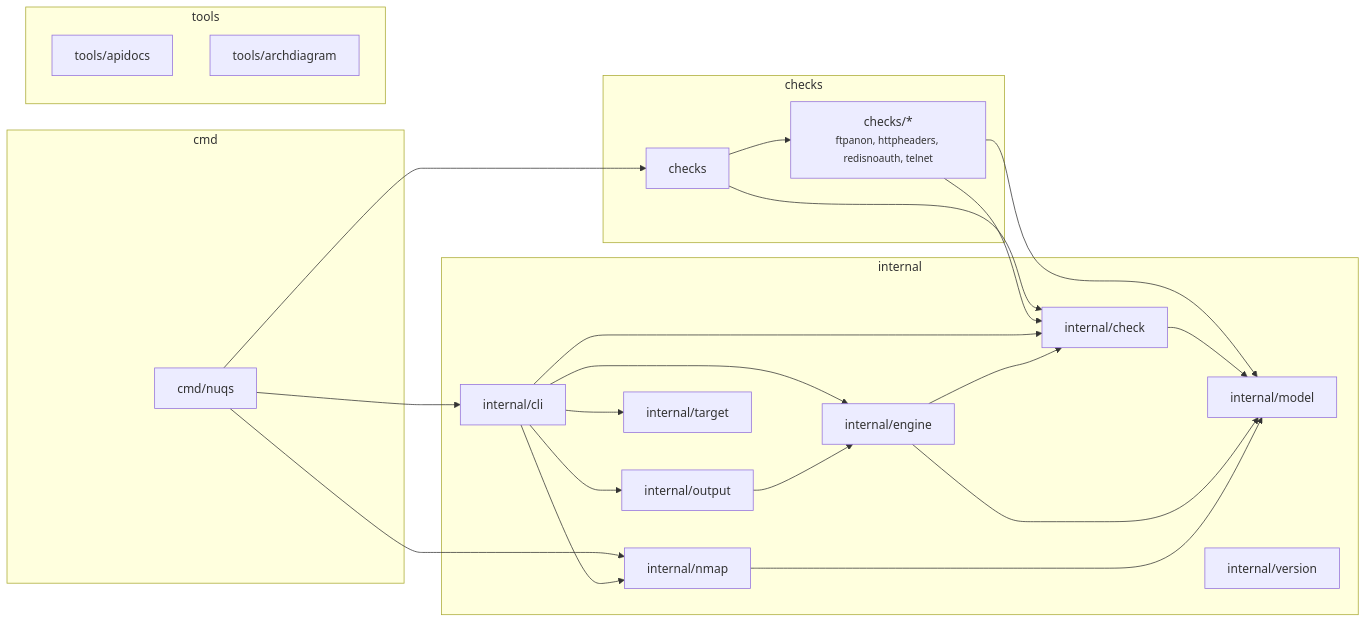
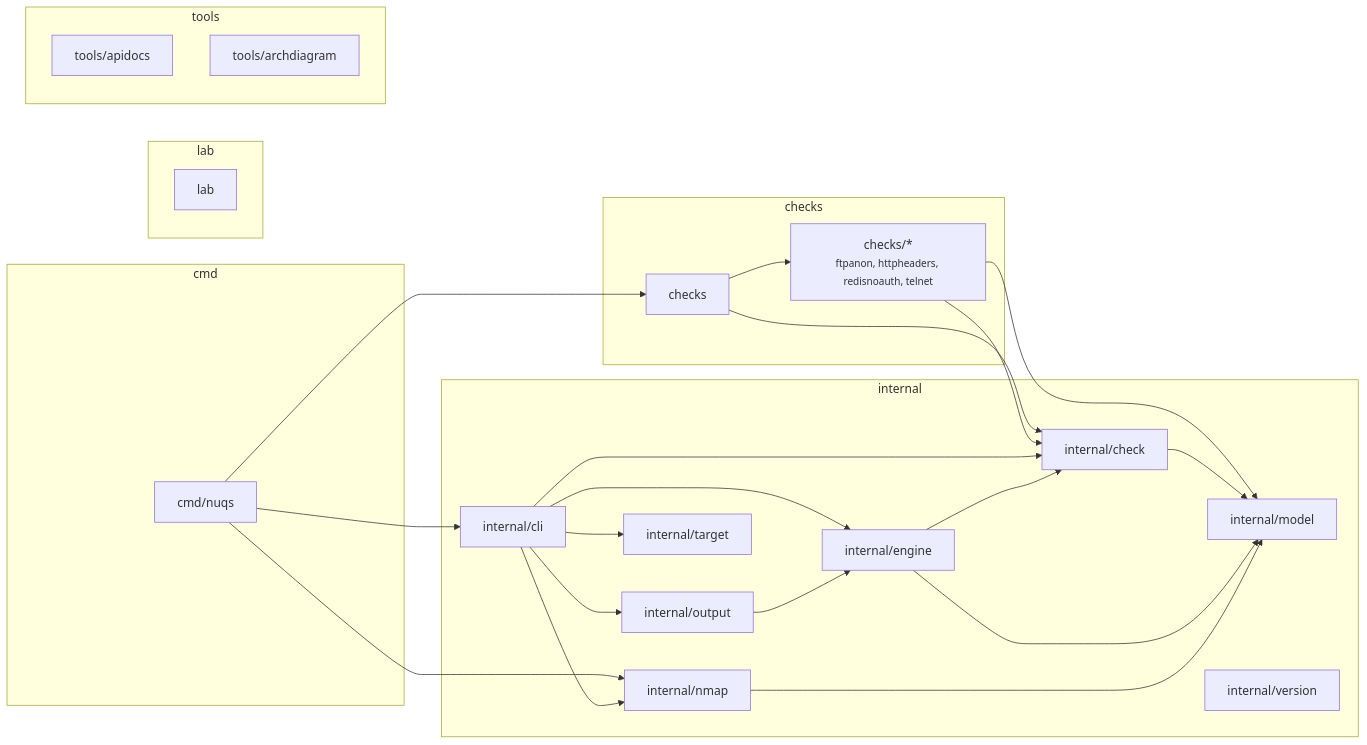
The diagram in docs/architecture.md (92meharali/nuqs), drawn with Mermaid before and after one commit. The commit also changed other lines of this file, not shown here.

Commit message:
update architecture diagram

````diff
--- a/docs/architecture.md
+++ b/docs/architecture.md
@@ -10,41 +10,44 @@
 ```mermaid
 flowchart LR
   subgraph n_g_checks ["checks"]
     n_checks["checks"]
     n_checks__["checks/*<br/><small>ftpanon, httpheaders, redisnoauth, telnet</small>"]
   end
   subgraph n_g_cmd ["cmd"]
     n_cmd_nuqs["cmd/nuqs"]
   end
   subgraph n_g_internal ["internal"]
     n_internal_check["internal/check"]
     n_internal_cli["internal/cli"]
     n_internal_engine["internal/engine"]
     n_internal_model["internal/model"]
     n_internal_nmap["internal/nmap"]
     n_internal_output["internal/output"]
     n_internal_target["internal/target"]
     n_internal_version["internal/version"]
+  end
+  subgraph n_g_lab ["lab"]
+    n_lab["lab"]
   end
   subgraph n_g_tools ["tools"]
     n_tools_apidocs["tools/apidocs"]
     n_tools_archdiagram["tools/archdiagram"]
   end
   n_checks --> n_checks__
   n_checks --> n_internal_check
   n_checks__ --> n_internal_check
   n_checks__ --> n_internal_model
   n_cmd_nuqs --> n_checks
   n_cmd_nuqs --> n_internal_cli
   n_cmd_nuqs --> n_internal_nmap
   n_internal_check --> n_internal_model
   n_internal_cli --> n_internal_check
   n_internal_cli --> n_internal_engine
   n_internal_cli --> n_internal_nmap
   n_internal_cli --> n_internal_output
   n_internal_cli --> n_internal_target
   n_internal_engine --> n_internal_check
   n_internal_engine --> n_internal_model
   n_internal_nmap --> n_internal_model
   n_internal_output --> n_internal_engine
 ```
````
